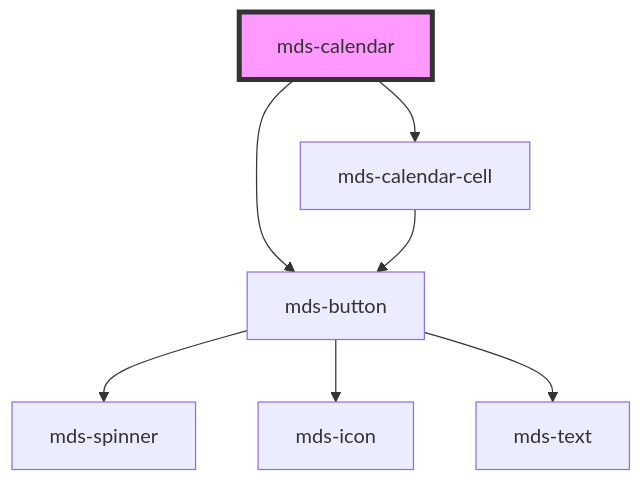
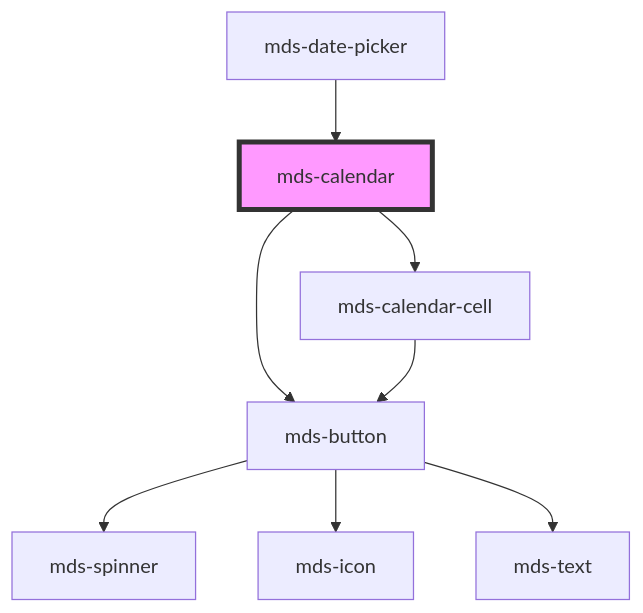
The diagram in projects/stencil/src/components/mds-calendar/readme.md (magma-design-system/magma), drawn with Mermaid before and after one commit. The commit also changed other lines of this file and 1 other file, not shown here.

Commit message:
feat: datesEmitter added to mdsCalendar

````diff
--- a/projects/stencil/src/components/mds-calendar/readme.md
+++ b/projects/stencil/src/components/mds-calendar/readme.md
@@ -37,10 +48,11 @@
 ```mermaid
 graph TD;
   mds-calendar --> mds-button
   mds-calendar --> mds-calendar-cell
   mds-button --> mds-spinner
   mds-button --> mds-icon
   mds-button --> mds-text
   mds-calendar-cell --> mds-button
+  mds-date-picker --> mds-calendar
   style mds-calendar fill:#f9f,stroke:#333,stroke-width:4px
 ```
````
